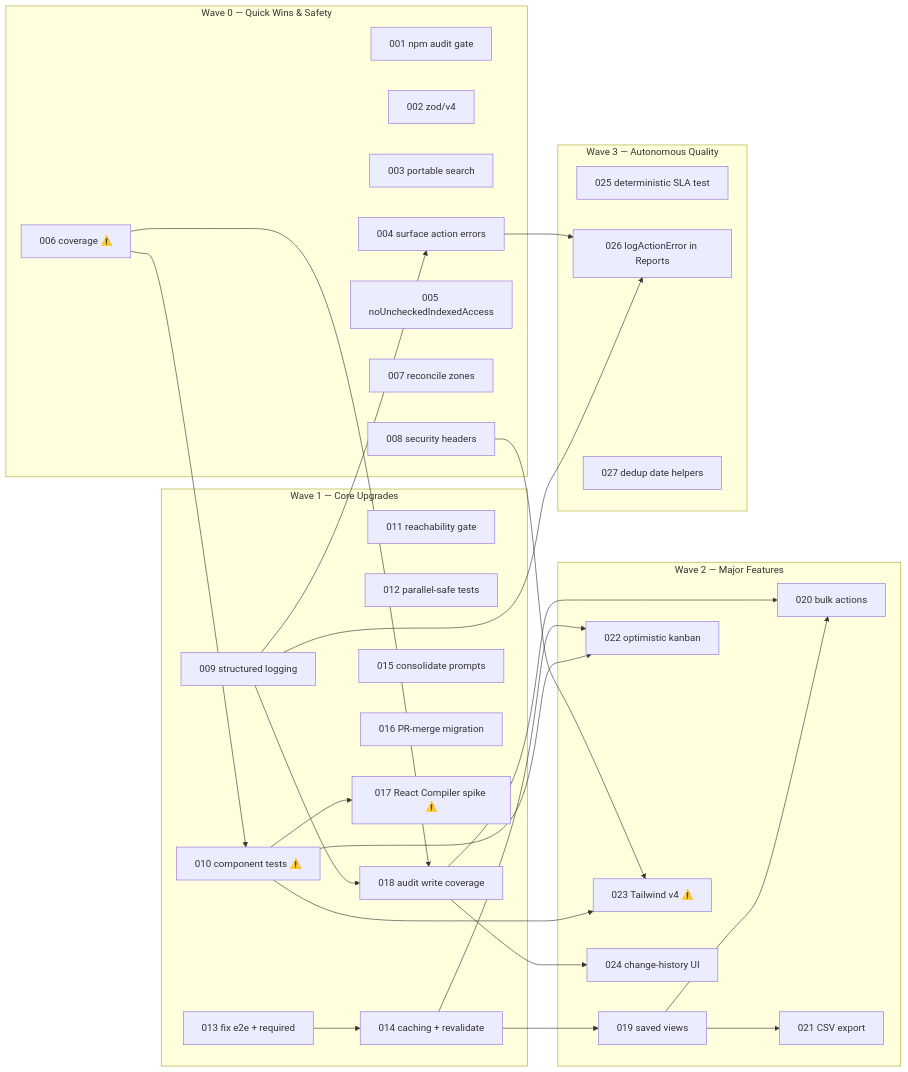
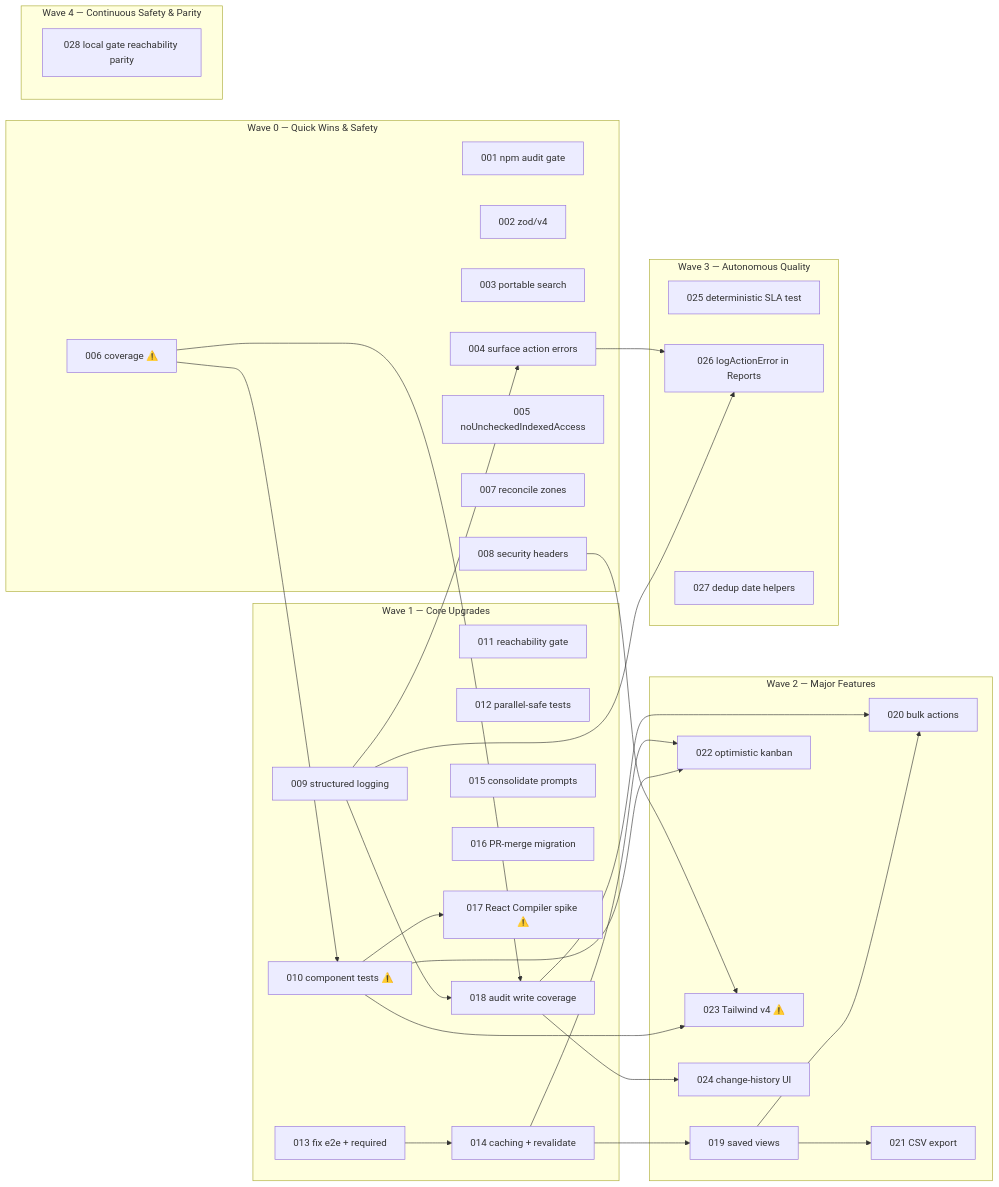
One commit to michaelcrosato/salesforce-lite-crm changed the diagram in plan/ROADMAP.md. Above: the diagram before and after it, drawn with Mermaid. The commit also changed other lines of this file and 6 other files, not shown here.

Commit message:
feat(spec-028): local gate reachability parity

````diff
--- a/plan/ROADMAP.md
+++ b/plan/ROADMAP.md
@@ -120,56 +128,59 @@
 ```mermaid
 graph LR
   subgraph P0["Wave 0 — Quick Wins & Safety"]
     S001["001 npm audit gate"]
     S002["002 zod/v4"]
     S003["003 portable search"]
     S004["004 surface action errors"]
     S005["005 noUncheckedIndexedAccess"]
     S006["006 coverage ⚠️"]
     S007["007 reconcile zones"]
     S008["008 security headers"]
   end
   subgraph P1["Wave 1 — Core Upgrades"]
     S009["009 structured logging"]
     S010["010 component tests ⚠️"]
     S011["011 reachability gate"]
     S012["012 parallel-safe tests"]
     S013["013 fix e2e + required"]
     S014["014 caching + revalidate"]
     S015["015 consolidate prompts"]
     S016["016 PR-merge migration"]
     S017["017 React Compiler spike ⚠️"]
     S018["018 audit write coverage"]
   end
   subgraph P2["Wave 2 — Major Features"]
     S019["019 saved views"]
     S020["020 bulk actions"]
     S021["021 CSV export"]
     S022["022 optimistic kanban"]
     S023["023 Tailwind v4 ⚠️"]
     S024["024 change-history UI"]
   end
   subgraph P3["Wave 3 — Autonomous Quality"]
     S025["025 deterministic SLA test"]
     S026["026 logActionError in Reports"]
     S027["027 dedup date helpers"]
   end
+  subgraph P4["Wave 4 — Continuous Safety & Parity"]
+    S028["028 local gate reachability parity"]
+  end
 
   S009 --> S004
   S009 --> S018
   S006 --> S010
   S006 --> S018
   S013 --> S014
   S010 --> S017
   S010 --> S022
   S010 --> S023
   S008 --> S023
   S014 --> S019
   S014 --> S022
   S019 --> S020
   S019 --> S021
   S018 --> S020
   S018 --> S024
   S009 --> S026
   S004 --> S026
 ```
````
